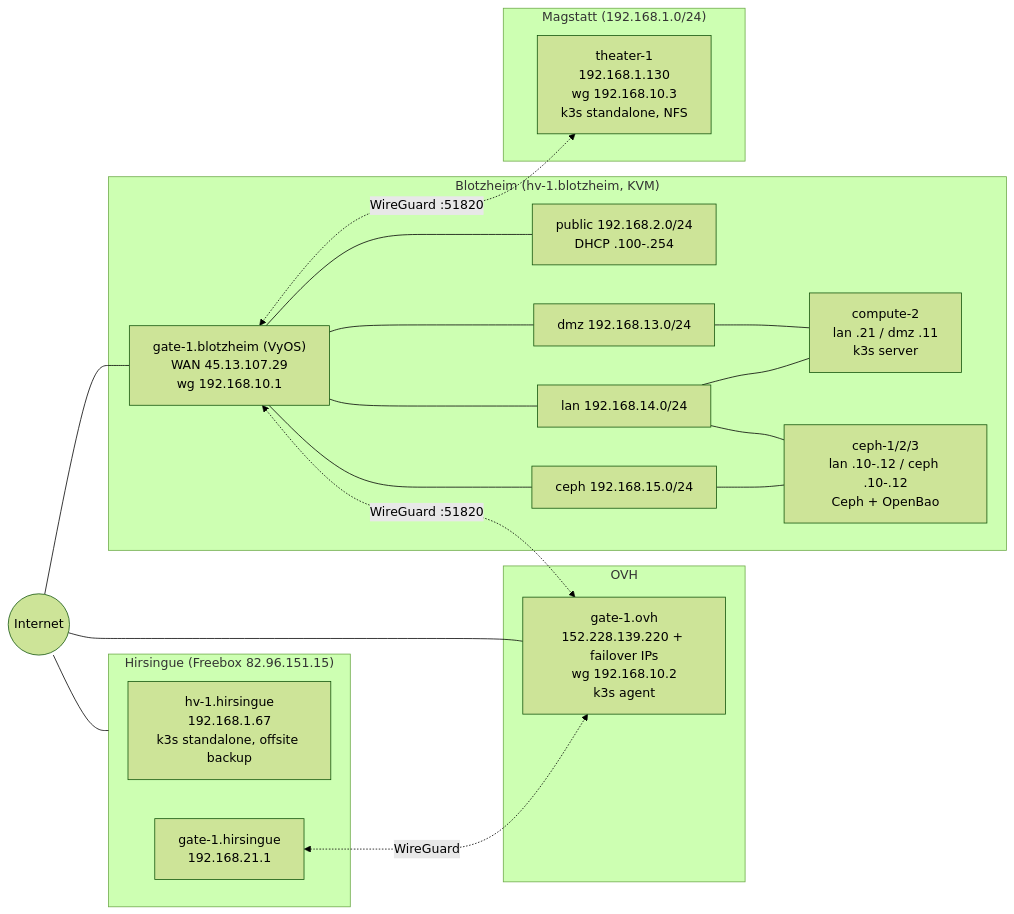
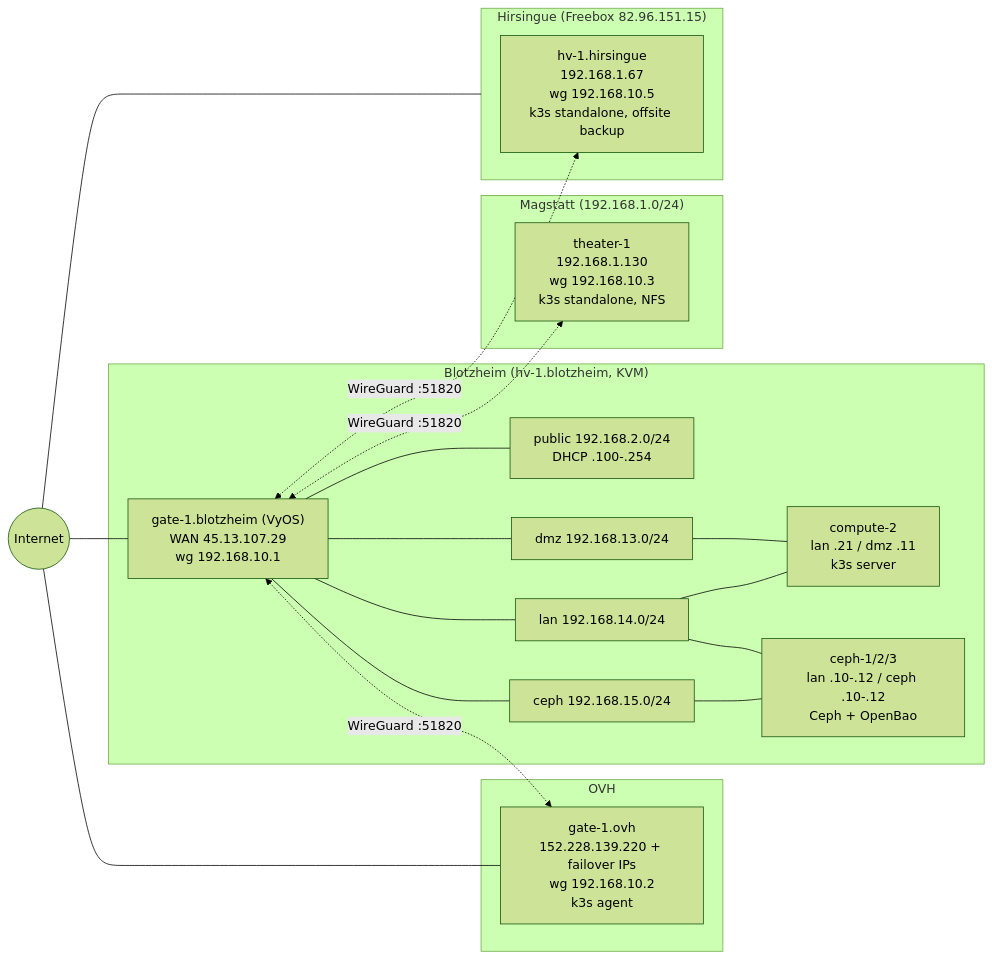
The diagram in readme.md (mout-ch/ansible), drawn with Mermaid (forest theme) before and after one commit. The commit also changed other lines of this file and 6 other files, not shown here.

Commit message:
feat: update WireGuard configuration for hv-1.hirsingue and remove obsolete gate-1.hirsingue settings

````diff
--- a/readme.md
+++ b/readme.md
@@ -13,42 +13,41 @@
 ```mermaid
 flowchart LR
   internet((Internet))
 
   subgraph ovh["OVH"]
     ovh1["gate-1.ovh<br/>152.228.139.220 + failover IPs<br/>wg 192.168.10.2<br/>k3s agent"]
   end
 
   subgraph blotzheim["Blotzheim (hv-1.blotzheim, KVM)"]
     gate["gate-1.blotzheim (VyOS)<br/>WAN 45.13.107.29<br/>wg 192.168.10.1"]
     public["public 192.168.2.0/24<br/>DHCP .100-.254"]
     dmz["dmz 192.168.13.0/24"]
     lan["lan 192.168.14.0/24"]
     cephnet["ceph 192.168.15.0/24"]
     compute2["compute-2<br/>lan .21 / dmz .11<br/>k3s server"]
     ceph["ceph-1/2/3<br/>lan .10-.12 / ceph .10-.12<br/>Ceph + OpenBao"]
     gate --- public
     gate --- dmz
     gate --- lan
     gate --- cephnet
     dmz --- compute2
     lan --- compute2
     lan --- ceph
     cephnet --- ceph
   end
 
   subgraph magstatt["Magstatt (192.168.1.0/24)"]
     theater["theater-1<br/>192.168.1.130<br/>wg 192.168.10.3<br/>k3s standalone, NFS"]
   end
 
   subgraph hirsingue["Hirsingue (Freebox 82.96.151.15)"]
-    hvh["hv-1.hirsingue<br/>192.168.1.67<br/>k3s standalone, offsite backup"]
-    gateh["gate-1.hirsingue<br/>192.168.21.1"]
+    hvh["hv-1.hirsingue<br/>192.168.1.67<br/>wg 192.168.10.5<br/>k3s standalone, offsite backup"]
   end
 
   internet --- gate
   internet --- ovh1
   internet --- hirsingue
   gate <-. "WireGuard :51820" .-> ovh1
   gate <-. "WireGuard :51820" .-> theater
-  gateh <-. "WireGuard" .-> ovh1
+  gate <-. "WireGuard :51820" .-> hvh
 ```
````
